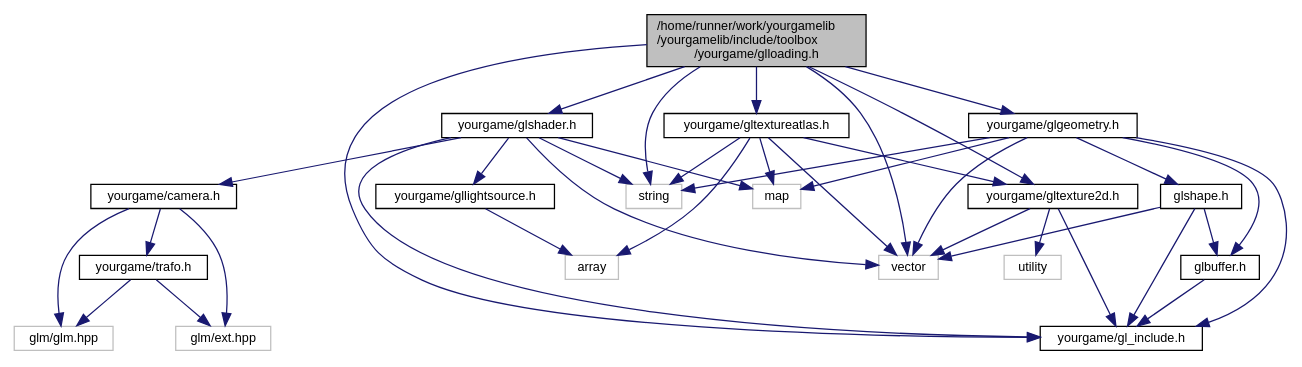
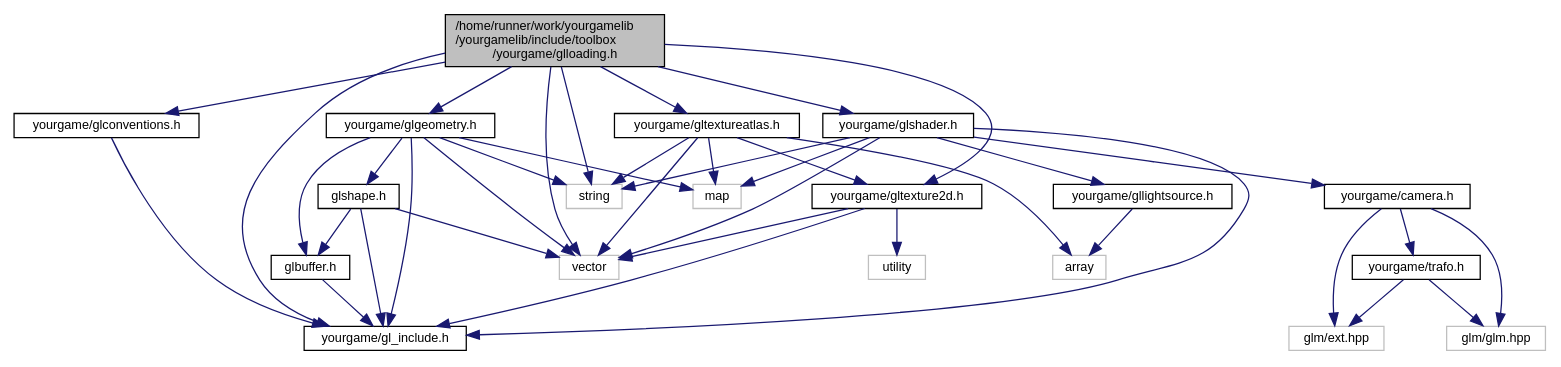
The diagram in glloading_8h__incl.dot (duddel/yourgamelib), drawn with Graphviz before and after one commit. The commit also changed 73 other files, not shown here.

```diff
--- a/glloading_8h__incl.dot
+++ b/glloading_8h__incl.dot
@@ -1,60 +1,63 @@
 digraph "/home/runner/work/yourgamelib/yourgamelib/include/toolbox/yourgame/glloading.h"
 {
   edge [fontname="Helvetica",fontsize="10",labelfontname="Helvetica",labelfontsize="10"];
   node [fontname="Helvetica",fontsize="10",shape=record];
   Node0 [label="/home/runner/work/yourgamelib\l/yourgamelib/include/toolbox\l/yourgame/glloading.h",height=0.2,width=0.4,color="black", fillcolor="grey75", style="filled", fontcolor="black"];
   Node0 -> Node1 [color="midnightblue",fontsize="10",style="solid",fontname="Helvetica"];
   Node1 [label="string",height=0.2,width=0.4,color="grey75", fillcolor="white", style="filled"];
   Node0 -> Node2 [color="midnightblue",fontsize="10",style="solid",fontname="Helvetica"];
   Node2 [label="vector",height=0.2,width=0.4,color="grey75", fillcolor="white", style="filled"];
   Node0 -> Node3 [color="midnightblue",fontsize="10",style="solid",fontname="Helvetica"];
   Node3 [label="yourgame/gl_include.h",height=0.2,width=0.4,color="black", fillcolor="white", style="filled",URL="$gl__include_8h.html"];
   Node0 -> Node4 [color="midnightblue",fontsize="10",style="solid",fontname="Helvetica"];
   Node4 [label="yourgame/glgeometry.h",height=0.2,width=0.4,color="black", fillcolor="white", style="filled",URL="$glgeometry_8h.html"];
   Node4 -> Node1 [color="midnightblue",fontsize="10",style="solid",fontname="Helvetica"];
   Node4 -> Node5 [color="midnightblue",fontsize="10",style="solid",fontname="Helvetica"];
   Node5 [label="map",height=0.2,width=0.4,color="grey75", fillcolor="white", style="filled"];
   Node4 -> Node2 [color="midnightblue",fontsize="10",style="solid",fontname="Helvetica"];
   Node4 -> Node3 [color="midnightblue",fontsize="10",style="solid",fontname="Helvetica"];
   Node4 -> Node6 [color="midnightblue",fontsize="10",style="solid",fontname="Helvetica"];
   Node6 [label="glbuffer.h",height=0.2,width=0.4,color="black", fillcolor="white", style="filled",URL="$glbuffer_8h.html"];
   Node6 -> Node3 [color="midnightblue",fontsize="10",style="solid",fontname="Helvetica"];
   Node4 -> Node7 [color="midnightblue",fontsize="10",style="solid",fontname="Helvetica"];
   Node7 [label="glshape.h",height=0.2,width=0.4,color="black", fillcolor="white", style="filled",URL="$glshape_8h.html"];
   Node7 -> Node2 [color="midnightblue",fontsize="10",style="solid",fontname="Helvetica"];
   Node7 -> Node3 [color="midnightblue",fontsize="10",style="solid",fontname="Helvetica"];
   Node7 -> Node6 [color="midnightblue",fontsize="10",style="solid",fontname="Helvetica"];
   Node0 -> Node8 [color="midnightblue",fontsize="10",style="solid",fontname="Helvetica"];
   Node8 [label="yourgame/glshader.h",height=0.2,width=0.4,color="black", fillcolor="white", style="filled",URL="$glshader_8h.html"];
   Node8 -> Node1 [color="midnightblue",fontsize="10",style="solid",fontname="Helvetica"];
   Node8 -> Node2 [color="midnightblue",fontsize="10",style="solid",fontname="Helvetica"];
   Node8 -> Node5 [color="midnightblue",fontsize="10",style="solid",fontname="Helvetica"];
   Node8 -> Node3 [color="midnightblue",fontsize="10",style="solid",fontname="Helvetica"];
   Node8 -> Node9 [color="midnightblue",fontsize="10",style="solid",fontname="Helvetica"];
   Node9 [label="yourgame/gllightsource.h",height=0.2,width=0.4,color="black", fillcolor="white", style="filled",URL="$gllightsource_8h.html"];
   Node9 -> Node10 [color="midnightblue",fontsize="10",style="solid",fontname="Helvetica"];
   Node10 [label="array",height=0.2,width=0.4,color="grey75", fillcolor="white", style="filled"];
   Node8 -> Node11 [color="midnightblue",fontsize="10",style="solid",fontname="Helvetica"];
   Node11 [label="yourgame/camera.h",height=0.2,width=0.4,color="black", fillcolor="white", style="filled",URL="$camera_8h.html"];
   Node11 -> Node12 [color="midnightblue",fontsize="10",style="solid",fontname="Helvetica"];
   Node12 [label="glm/glm.hpp",height=0.2,width=0.4,color="grey75", fillcolor="white", style="filled"];
   Node11 -> Node13 [color="midnightblue",fontsize="10",style="solid",fontname="Helvetica"];
   Node13 [label="glm/ext.hpp",height=0.2,width=0.4,color="grey75", fillcolor="white", style="filled"];
   Node11 -> Node14 [color="midnightblue",fontsize="10",style="solid",fontname="Helvetica"];
   Node14 [label="yourgame/trafo.h",height=0.2,width=0.4,color="black", fillcolor="white", style="filled",URL="$trafo_8h.html"];
   Node14 -> Node12 [color="midnightblue",fontsize="10",style="solid",fontname="Helvetica"];
   Node14 -> Node13 [color="midnightblue",fontsize="10",style="solid",fontname="Helvetica"];
   Node0 -> Node15 [color="midnightblue",fontsize="10",style="solid",fontname="Helvetica"];
   Node15 [label="yourgame/gltexture2d.h",height=0.2,width=0.4,color="black", fillcolor="white", style="filled",URL="$gltexture2d_8h.html"];
   Node15 -> Node2 [color="midnightblue",fontsize="10",style="solid",fontname="Helvetica"];
   Node15 -> Node16 [color="midnightblue",fontsize="10",style="solid",fontname="Helvetica"];
   Node16 [label="utility",height=0.2,width=0.4,color="grey75", fillcolor="white", style="filled"];
   Node15 -> Node3 [color="midnightblue",fontsize="10",style="solid",fontname="Helvetica"];
   Node0 -> Node17 [color="midnightblue",fontsize="10",style="solid",fontname="Helvetica"];
   Node17 [label="yourgame/gltextureatlas.h",height=0.2,width=0.4,color="black", fillcolor="white", style="filled",URL="$gltextureatlas_8h.html"];
   Node17 -> Node2 [color="midnightblue",fontsize="10",style="solid",fontname="Helvetica"];
   Node17 -> Node5 [color="midnightblue",fontsize="10",style="solid",fontname="Helvetica"];
   Node17 -> Node10 [color="midnightblue",fontsize="10",style="solid",fontname="Helvetica"];
   Node17 -> Node1 [color="midnightblue",fontsize="10",style="solid",fontname="Helvetica"];
   Node17 -> Node15 [color="midnightblue",fontsize="10",style="solid",fontname="Helvetica"];
+  Node0 -> Node18 [color="midnightblue",fontsize="10",style="solid",fontname="Helvetica"];
+  Node18 [label="yourgame/glconventions.h",height=0.2,width=0.4,color="black", fillcolor="white", style="filled",URL="$glconventions_8h.html"];
+  Node18 -> Node3 [color="midnightblue",fontsize="10",style="solid",fontname="Helvetica"];
 }
```
